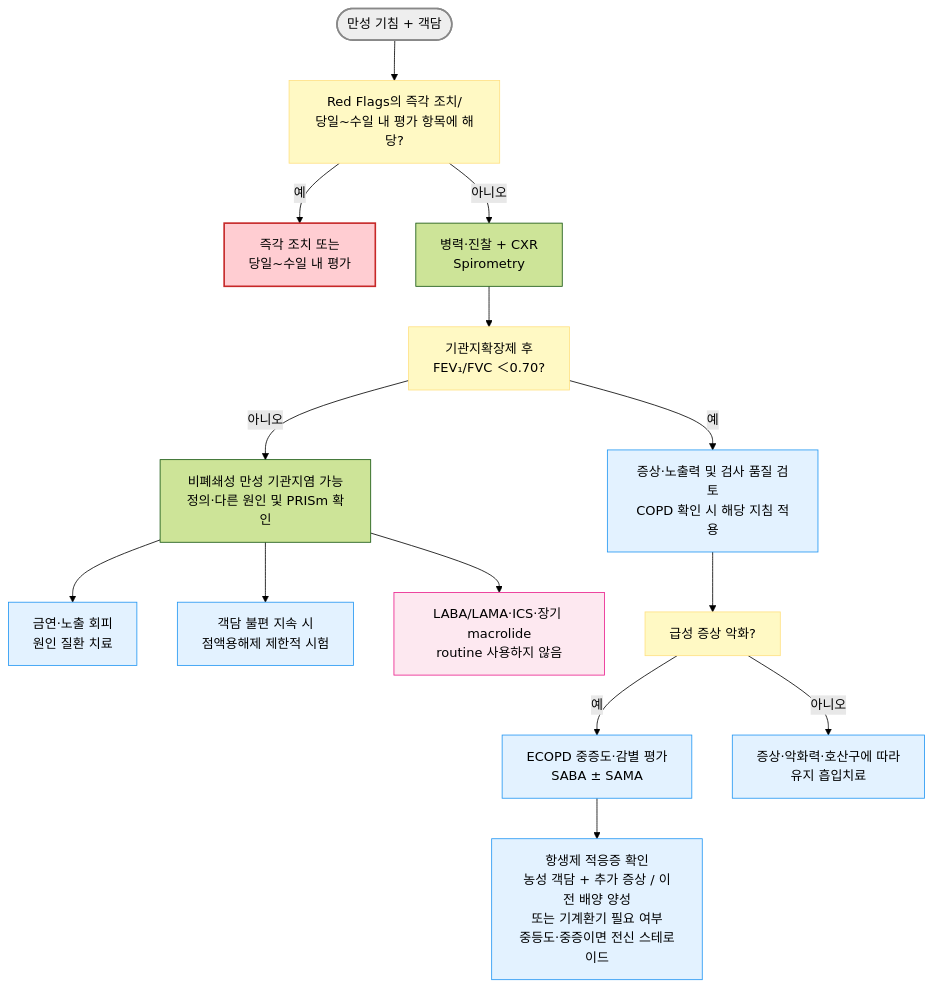
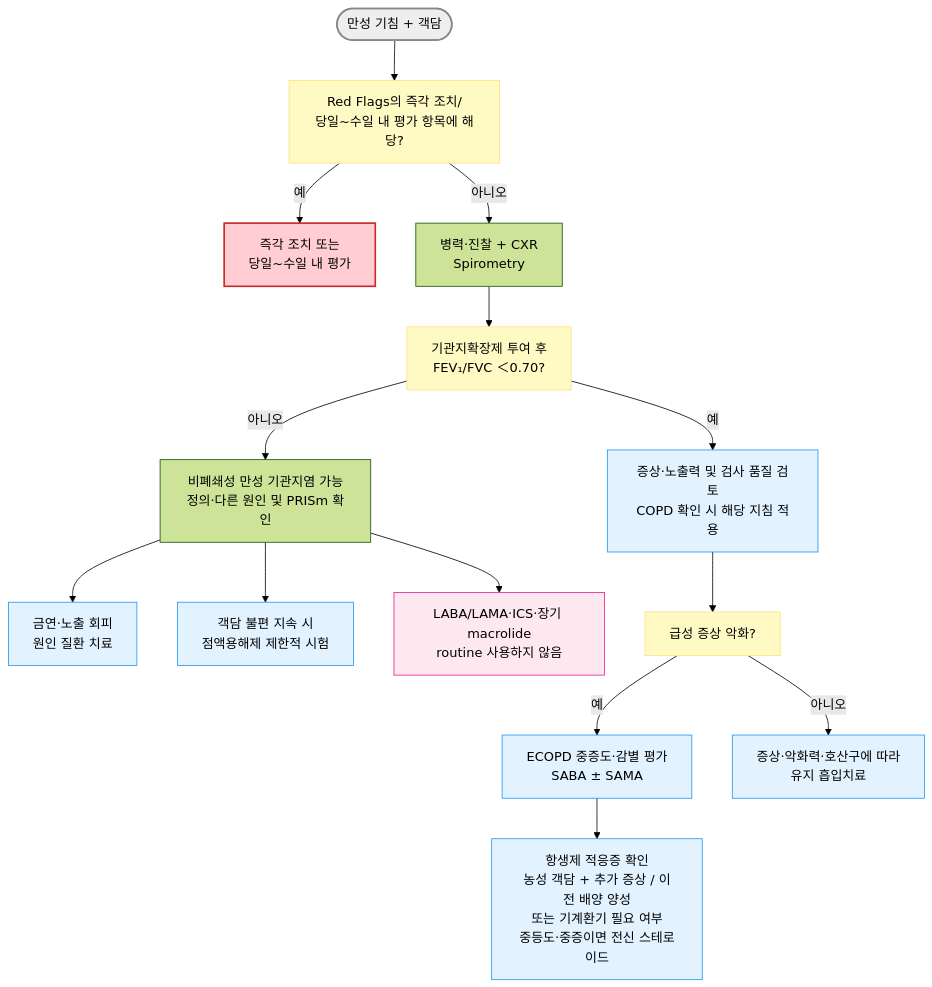
Before and after one commit to familyoh77/familyoh77: the diagram in 223_/067_-chronic-bronchitis.md, drawn with Mermaid (forest theme). The commit also changed other lines of this file, not shown here.

````diff
--- a/223_/067_-chronic-bronchitis.md
+++ b/223_/067_-chronic-bronchitis.md
@@ -96,24 +96,24 @@
 ```mermaid
 flowchart TD
     A(["만성 기침 + 객담"]) --> B["Red Flags의 즉각 조치/<br/>당일~수일 내 평가 항목에 해당?"]
     B -- "예" --> C["즉각 조치 또는<br/>당일~수일 내 평가"]
     B -- "아니오" --> D["병력·진찰 + CXR<br/>Spirometry"]
-    D --> E["기관지확장제 후<br/>FEV₁/FVC ＜0.70?"]
+    D --> E["기관지확장제 투여 후<br/>FEV₁/FVC ＜0.70?"]
     E -- "예" --> F["증상·노출력 및 검사 품질 검토<br/>COPD 확인 시 해당 지침 적용"]
     E -- "아니오" --> G["비폐쇄성 만성 기관지염 가능<br/>정의·다른 원인 및 PRISm 확인"]
     G --> H["금연·노출 회피<br/>원인 질환 치료"]
     G --> I["객담 불편 지속 시<br/>점액용해제 제한적 시험"]
     G --> J["LABA/LAMA·ICS·장기 macrolide<br/>routine 사용하지 않음"]
     F --> K["급성 증상 악화?"]
     K -- "예" --> L["ECOPD 중증도·감별 평가<br/>SABA ± SAMA"]
     K -- "아니오" --> M["증상·악화력·호산구에 따라<br/>유지 흡입치료"]
     L --> N["항생제 적응증 확인<br/>농성 객담 + 추가 증상 / 이전 배양 양성<br/>또는 기계환기 필요 여부<br/>중등도·중증이면 전신 스테로이드"]
 style A fill:#eeeeee,stroke:#888888,stroke-width:2px
 classDef yellow fill:#fff9c4,stroke:#ffe082
 class B,E,K yellow
 classDef L_red fill:#ffcdd2,stroke:#c62828,stroke-width:2px
 class C L_red
 classDef sky fill:#e3f2ff,stroke:#2196f3
 class F,H,I,L,M,N sky
 style J fill:#fde8f0,stroke:#e91e8c
 ```
````
